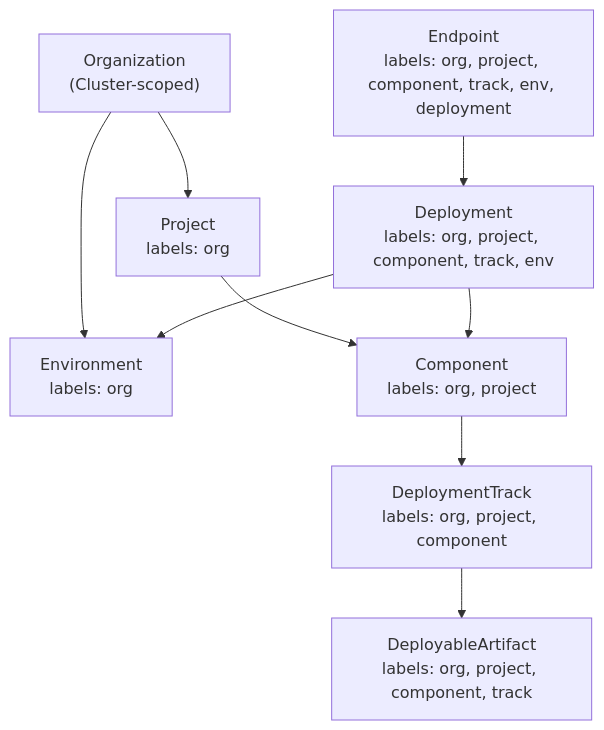
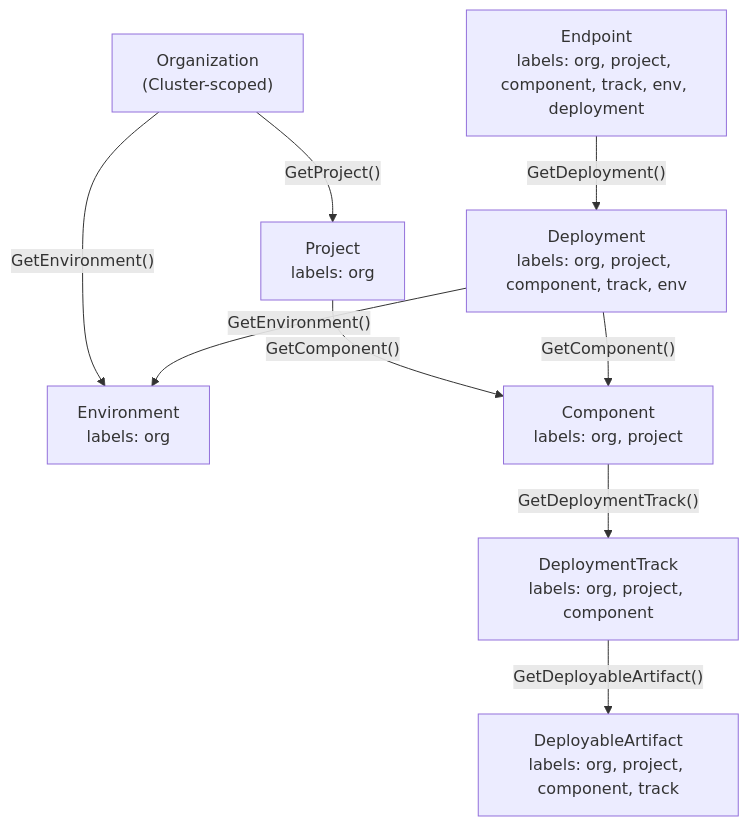
The first of 6 diagrams in docs/deepwiki/Hierarchy-and-Finalization.md (openchoreo/openchoreo), drawn with Mermaid before and after one commit. The commit also changed other lines of this file and 85 other files, not shown here.

Commit message:
feat: Add new workflow and specification templates, update Helm chart dependencies, and clarify documentation diagrams.

````diff
--- a/docs/deepwiki/Hierarchy-and-Finalization.md
+++ b/docs/deepwiki/Hierarchy-and-Finalization.md
@@ -30,21 +30,21 @@
 ```mermaid
 flowchart TD
 
 Org["Organization<br>(Cluster-scoped)"]
 Proj["Project<br>labels: org"]
 Env["Environment<br>labels: org"]
 Comp["Component<br>labels: org, project"]
 DTrack["DeploymentTrack<br>labels: org, project, component"]
 DA["DeployableArtifact<br>labels: org, project, component, track"]
 Deploy["Deployment<br>labels: org, project, component, track, env"]
 EP["Endpoint<br>labels: org, project, component, track, env, deployment"]
 
-Org --> Proj
-Org --> Env
-Proj --> Comp
-Comp --> DTrack
-DTrack --> DA
-Deploy --> Env
-Deploy --> Comp
-EP --> Deploy
+Org -->|"GetProject()"| Proj
+Org -->|"GetEnvironment()"| Env
+Proj -->|"GetComponent()"| Comp
+Comp -->|"GetDeploymentTrack()"| DTrack
+DTrack -->|"GetDeployableArtifact()"| DA
+Deploy -->|"GetEnvironment()"| Env
+Deploy -->|"GetComponent()"| Comp
+EP -->|"GetDeployment()"| Deploy
 ```
````
